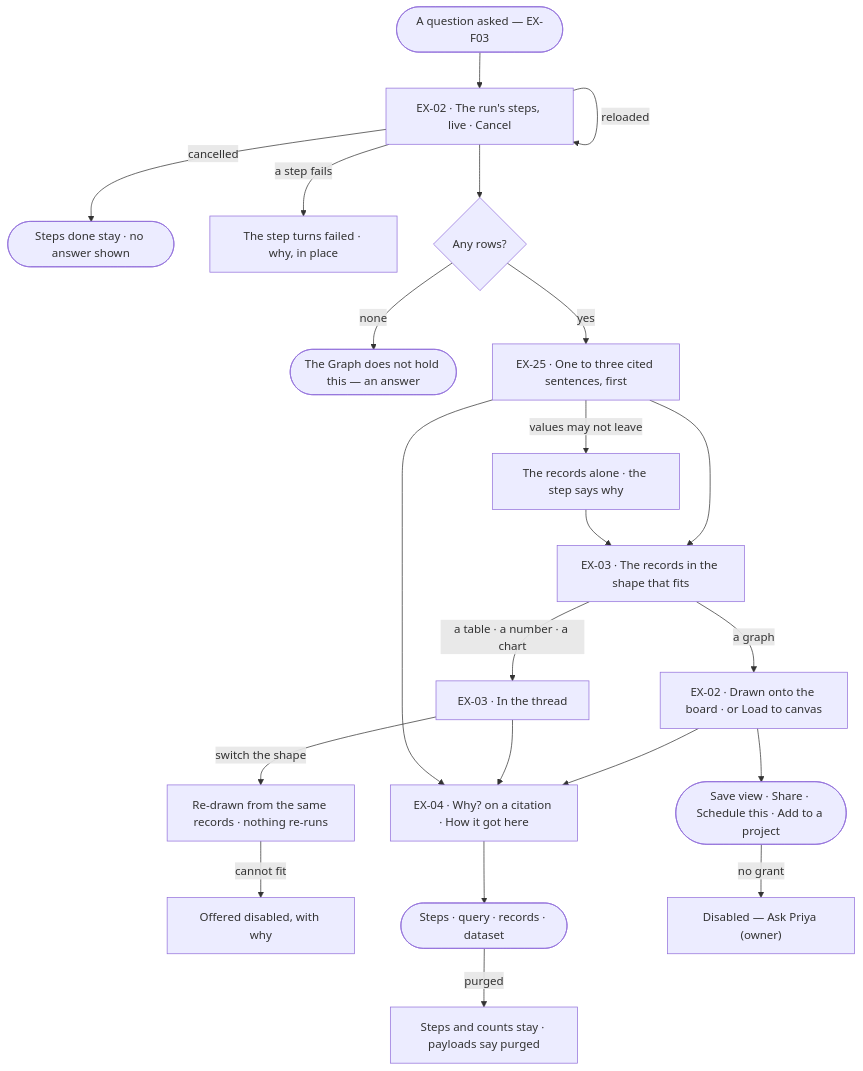
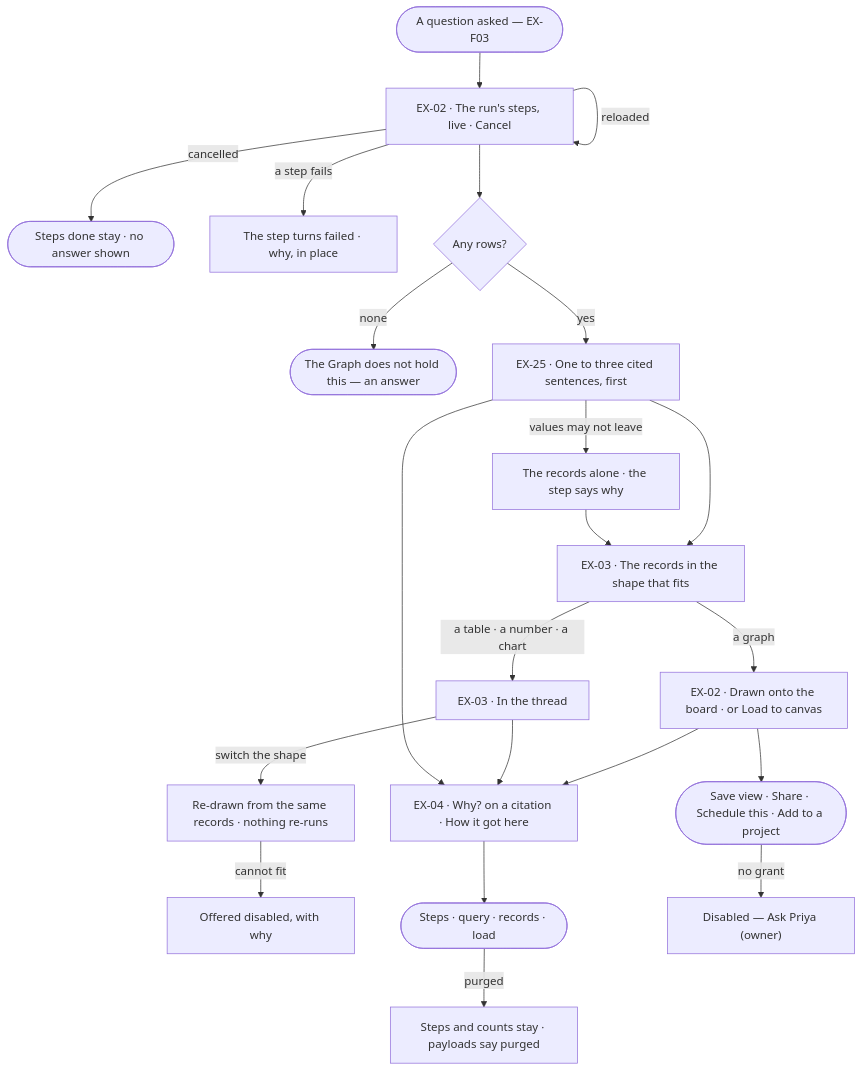
Before and after one commit to invana/invana: the first of 2 diagrams in specs/capabilities/explore/features/EX-F04-the-answer/feature.md, drawn with Mermaid. The commit also changed other lines of this file and 637 other files, not shown here.

````diff
--- a/specs/capabilities/explore/features/EX-F04-the-answer/feature.md
+++ b/specs/capabilities/explore/features/EX-F04-the-answer/feature.md
@@ -23,24 +24,24 @@
 ```mermaid
 flowchart TD
   start([A question asked — EX-F03]) --> live["EX-02 · The run's steps, live · Cancel"]
   live -->|cancelled| cx(["Steps done stay · no answer shown"])
   live -->|a step fails| fl["The step turns failed · why, in place"]
   live -->|reloaded| live
   live --> rows{Any rows?}
   rows -->|none| empty(["The Graph does not hold this — an answer"])
   rows -->|yes| words["EX-25 · One to three cited sentences, first"]
   words -->|values may not leave| skip["The records alone · the step says why"]
   words --> shape["EX-03 · The records in the shape that fits"]
   skip --> shape
   shape -->|a graph| draw["EX-02 · Drawn onto the board · or Load to canvas"]
   shape -->|a table · a number · a chart| card["EX-03 · In the thread"]
   card -->|switch the shape| sw["Re-drawn from the same records · nothing re-runs"]
   sw -->|cannot fit| dis["Offered disabled, with why"]
   draw --> why["EX-04 · Why? on a citation · How it got here"]
   card --> why
   words --> why
-  why --> trace(["Steps · query · records · dataset"])
+  why --> trace(["Steps · query · records · load"])
   trace -->|purged| pg["Steps and counts stay · payloads say purged"]
   draw --> act(["Save view · Share · Schedule this · Add to a project"])
   act -->|no grant| na["Disabled — Ask Priya (owner)"]
 ```
````
